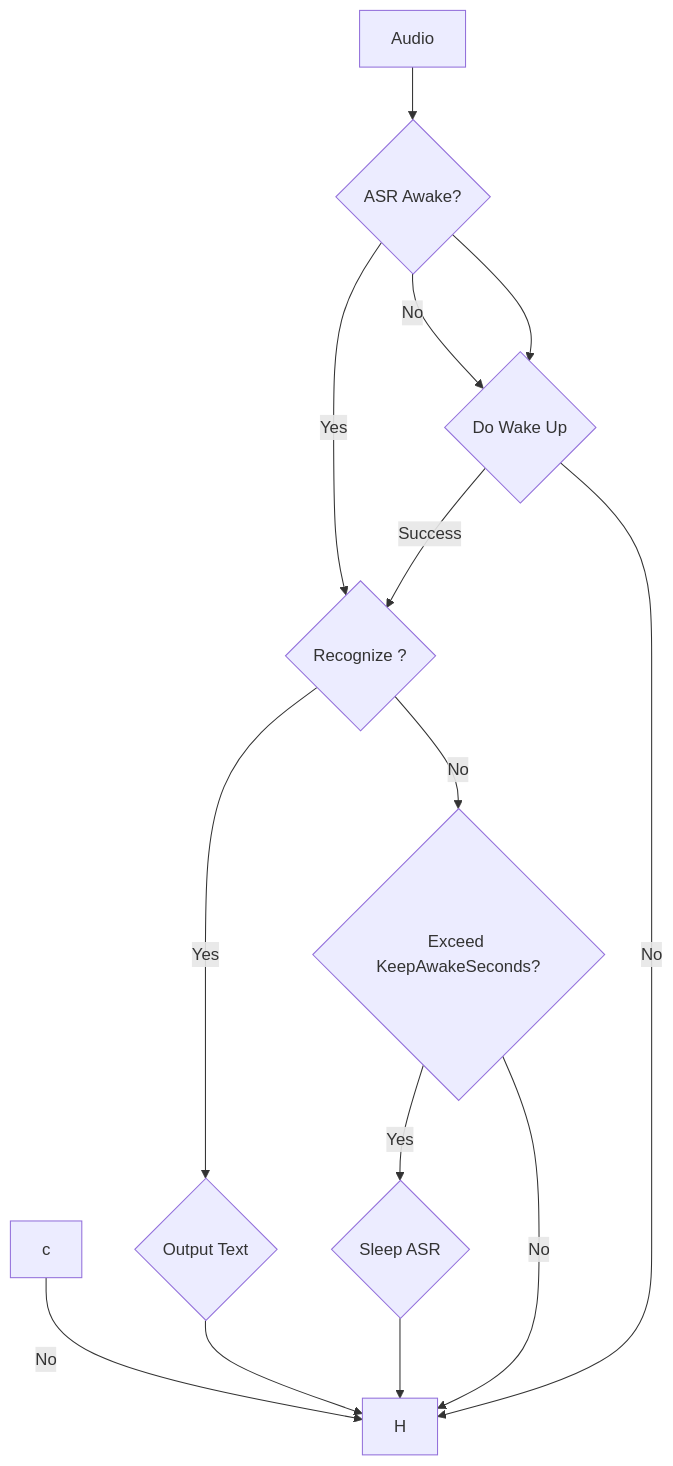
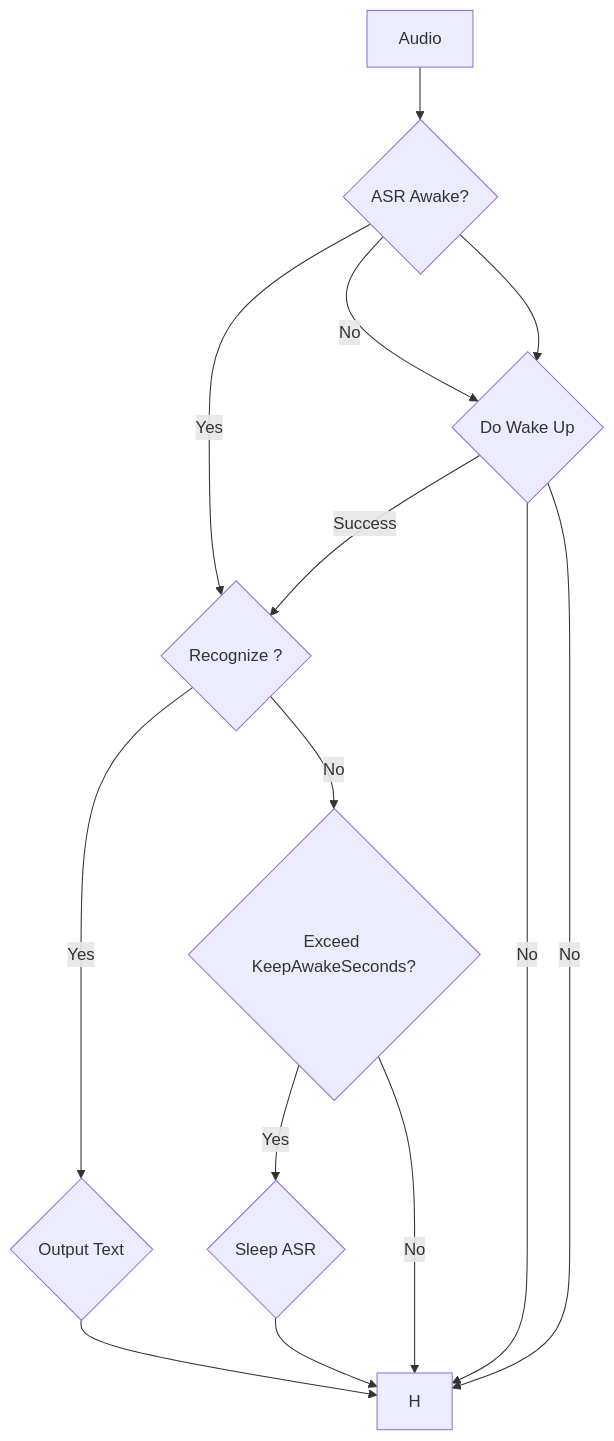
The diagram in docs/speech/wakeup.md (endink/Mediapipe4u-plugin), drawn with Mermaid before and after one commit.

````diff
--- a/docs/speech/wakeup.md
+++ b/docs/speech/wakeup.md
@@ -63,21 +63,21 @@
 ``` mermaid
 graph TD
   A[Audio] --> B{ASR Awake?};
   B --> |Yes| D{Recognize ?};
   B --> |No| C{Loop Next}
   B --> C{Do Wake Up};
   C --> |Success| D
-  c --> |No| H
+  C --> |No| H
 
   D -->|Yes| E{Output Text};
   E --> H
  
   D -->|No| F{Exceed KeepAwakeSeconds?};
 
   F --> |Yes| G{Sleep ASR}
   G --> H
   F --> |No| H
   
   C ---->|No| H;
   
 ```
````
